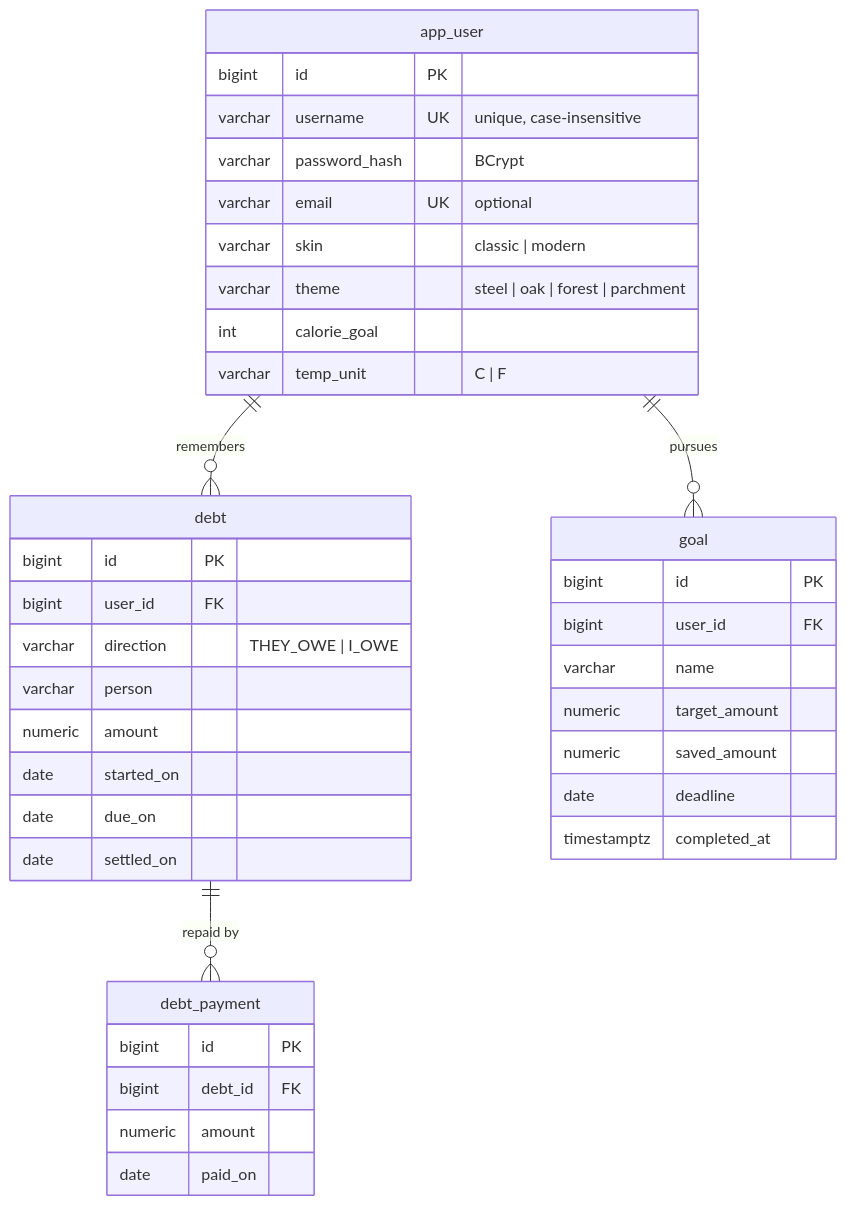
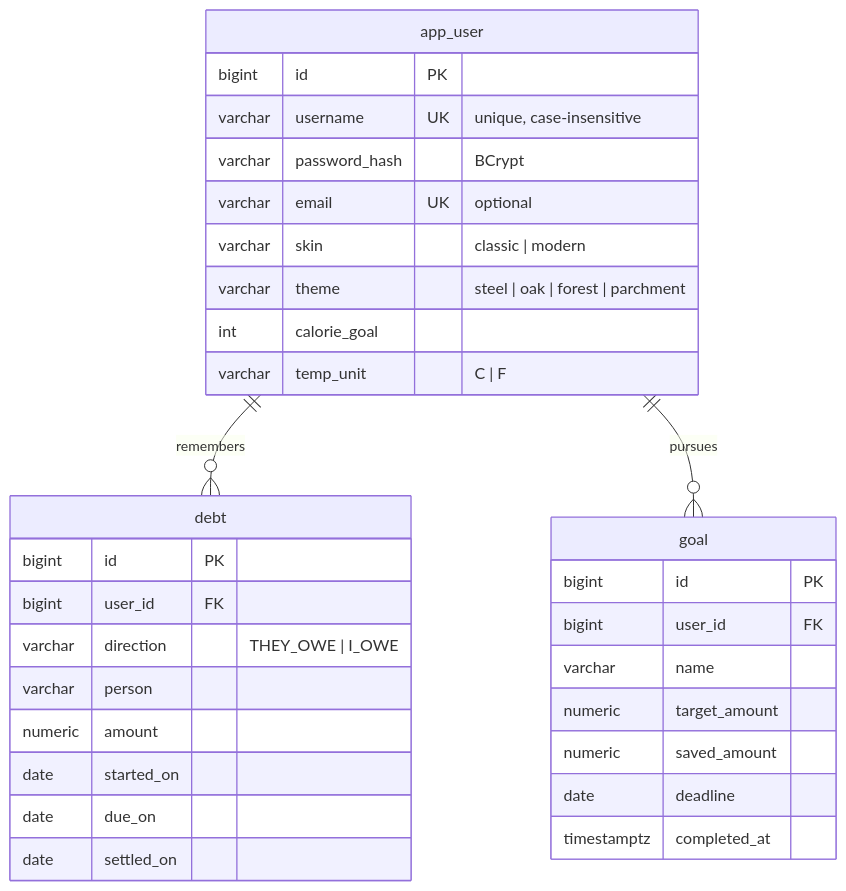
The third of 6 diagrams in docs/DATABASE.md (Morker/krugworld), drawn with Mermaid before and after one commit. The commit also changed other lines of this file and 26 other files, not shown here.

````diff
--- a/docs/DATABASE.md
+++ b/docs/DATABASE.md
@@ -108,41 +109,34 @@
 ```mermaid
 erDiagram
     app_user ||--o{ debt : remembers
-    debt ||--o{ debt_payment : "repaid by"
     app_user ||--o{ goal : pursues
     app_user {
         bigint id PK
         varchar username UK "unique, case-insensitive"
         varchar password_hash "BCrypt"
         varchar email UK "optional"
         varchar skin "classic | modern"
         varchar theme "steel | oak | forest | parchment"
         int calorie_goal
         varchar temp_unit "C | F"
     }
     debt {
         bigint id PK
         bigint user_id FK
         varchar direction "THEY_OWE | I_OWE"
         varchar person
         numeric amount
         date started_on
         date due_on
         date settled_on
     }
-    debt_payment {
-        bigint id PK
-        bigint debt_id FK
-        numeric amount
-        date paid_on
-    }
     goal {
         bigint id PK
         bigint user_id FK
         varchar name
         numeric target_amount
         numeric saved_amount
         date deadline
         timestamptz completed_at
     }
 ```
````
